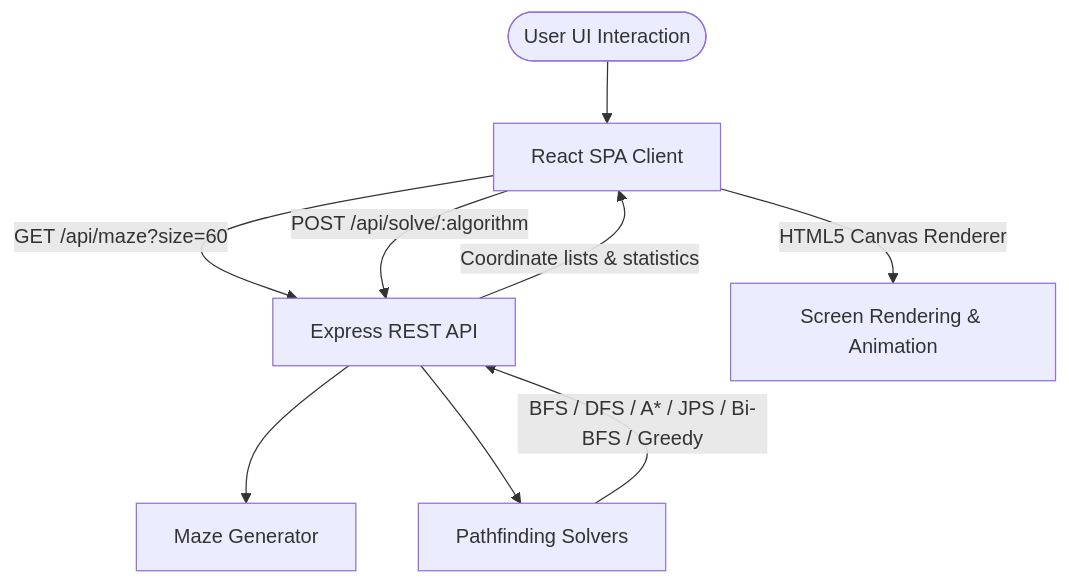
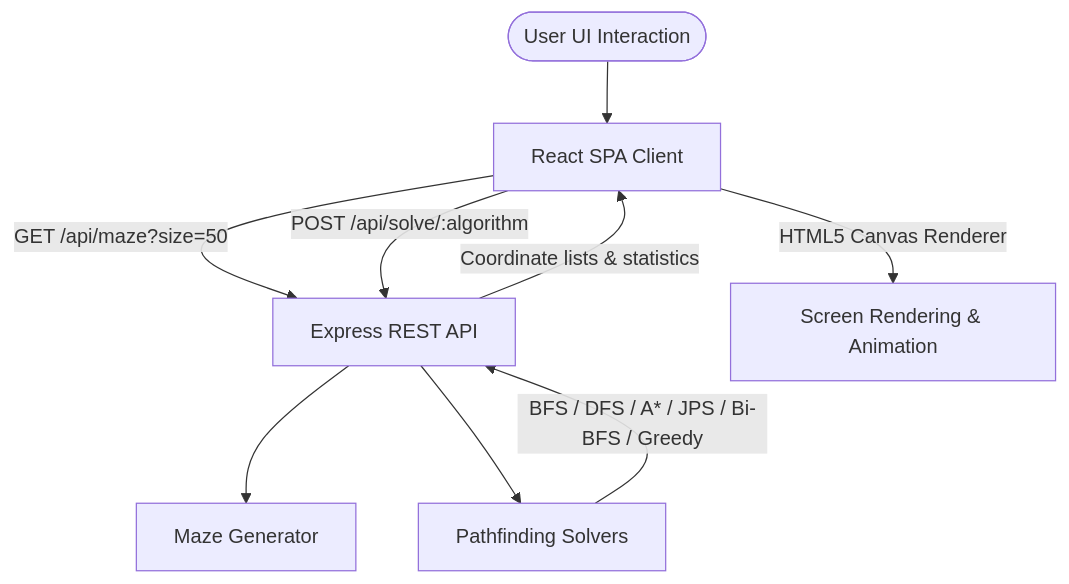
Before and after one commit to nikhilvirdi/GridLab: the diagram in README.md, drawn with Mermaid. The commit also changed other lines of this file and 4 other files, not shown here.

````diff
--- a/README.md
+++ b/README.md
@@ -13,11 +13,11 @@
 ```mermaid
 graph TD
     User([User UI Interaction]) --> Frontend[React SPA Client]
-    Frontend -->|GET /api/maze?size=60| Express[Express REST API]
+    Frontend -->|GET /api/maze?size=50| Express[Express REST API]
     Frontend -->|POST /api/solve/:algorithm| Express
     Express --> MazeGen[Maze Generator]
     Express --> Solvers[Pathfinding Solvers]
     Solvers -->|BFS / DFS / A* / JPS / Bi-BFS / Greedy| Express
     Express -->|Coordinate lists & statistics| Frontend
     Frontend -->|HTML5 Canvas Renderer| Screen[Screen Rendering & Animation]
 ```
````
